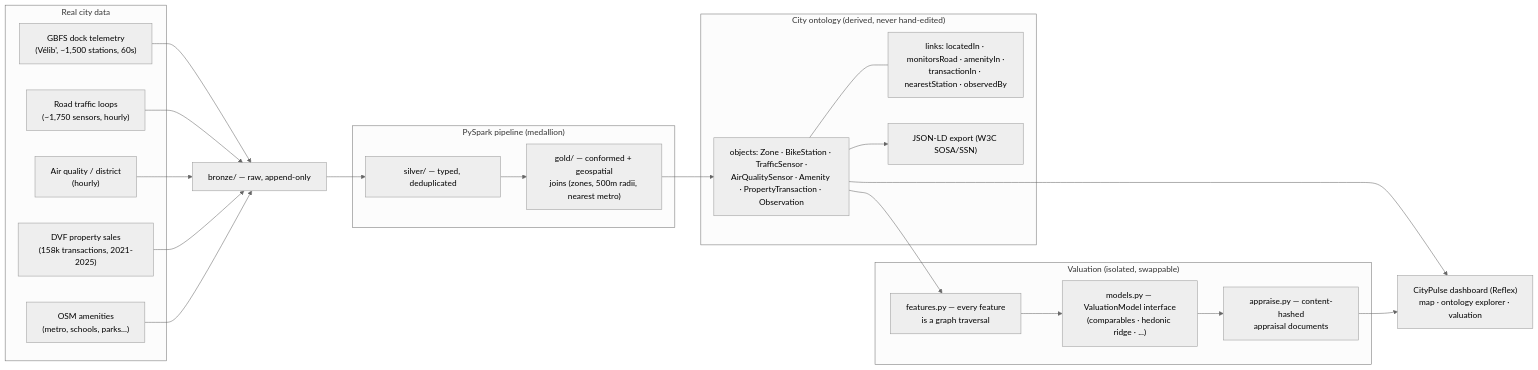
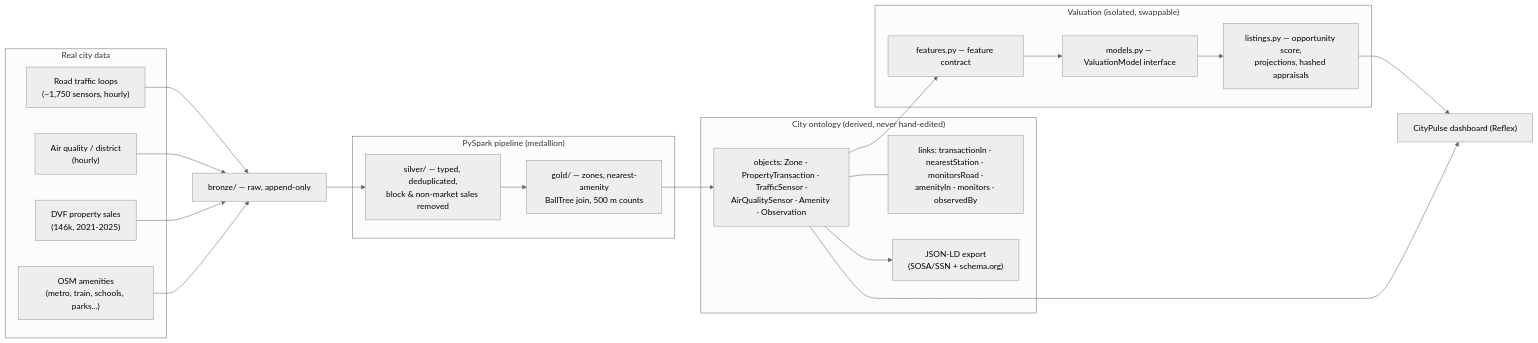
The diagram in README.md (jpbianchi/smart-city), drawn with Mermaid (neutral theme) before and after one commit. The commit also changed other lines of this file and 6 other files, not shown here.

````diff
--- a/README.md
+++ b/README.md
@@ -21,37 +32,34 @@
 ```mermaid
 flowchart LR
     subgraph Sources["Real city data"]
-        A["GBFS dock telemetry<br/>(Vélib', ~1,500 stations, 60s)"]
         B["Road traffic loops<br/>(~1,750 sensors, hourly)"]
         C["Air quality / district<br/>(hourly)"]
-        D["DVF property sales<br/>(158k transactions, 2021-2025)"]
-        E["OSM amenities<br/>(metro, schools, parks...)"]
+        D["DVF property sales<br/>(146k, 2021-2025)"]
+        E["OSM amenities<br/>(metro, train, schools, parks...)"]
     end
     F["bronze/ — raw, append-only"]
     subgraph Pipeline["PySpark pipeline (medallion)"]
-        G["silver/ — typed, deduplicated"]
-        H["gold/ — conformed + geospatial<br/>joins (zones, 500m radii, nearest metro)"]
+        G["silver/ — typed, deduplicated,<br/>block & non-market sales removed"]
+        H["gold/ — zones, nearest-amenity<br/>BallTree join, 500 m counts"]
     end
     subgraph Ontology["City ontology (derived, never hand-edited)"]
-        I["objects: Zone · BikeStation · TrafficSensor ·<br/>AirQualitySensor · Amenity · PropertyTransaction · Observation"]
-        J["links: locatedIn · monitorsRoad · amenityIn ·<br/>transactionIn · nearestStation · observedBy"]
-        K["JSON-LD export (W3C SOSA/SSN)"]
+        I["objects: Zone · PropertyTransaction · TrafficSensor ·<br/>AirQualitySensor · Amenity · Observation"]
+        J["links: transactionIn · nearestStation · monitorsRoad ·<br/>amenityIn · monitors · observedBy"]
+        K["JSON-LD export<br/>(SOSA/SSN + schema.org)"]
     end
     subgraph Valuation["Valuation (isolated, swappable)"]
-        L["features.py — every feature<br/>is a graph traversal"]
-        M["models.py — ValuationModel interface<br/>(comparables · hedonic ridge · ...)"]
-        N["appraise.py — content-hashed<br/>appraisal documents"]
+        L["features.py — feature contract"]
+        M["models.py — ValuationModel interface"]
+        N["listings.py — opportunity score,<br/>projections, hashed appraisals"]
     end
-    O["CityPulse dashboard (Reflex)<br/>map · ontology explorer · valuation"]
-    A --> F
+    O["CityPulse dashboard (Reflex)"]
     B --> F
     C --> F
     D --> F
     E --> F
     F --> G --> H --> I
     I --- J
     I --> K
-    I --> L --> M --> N
+    I --> L --> M --> N --> O
     I --> O
-    N --> O
 ```
````
